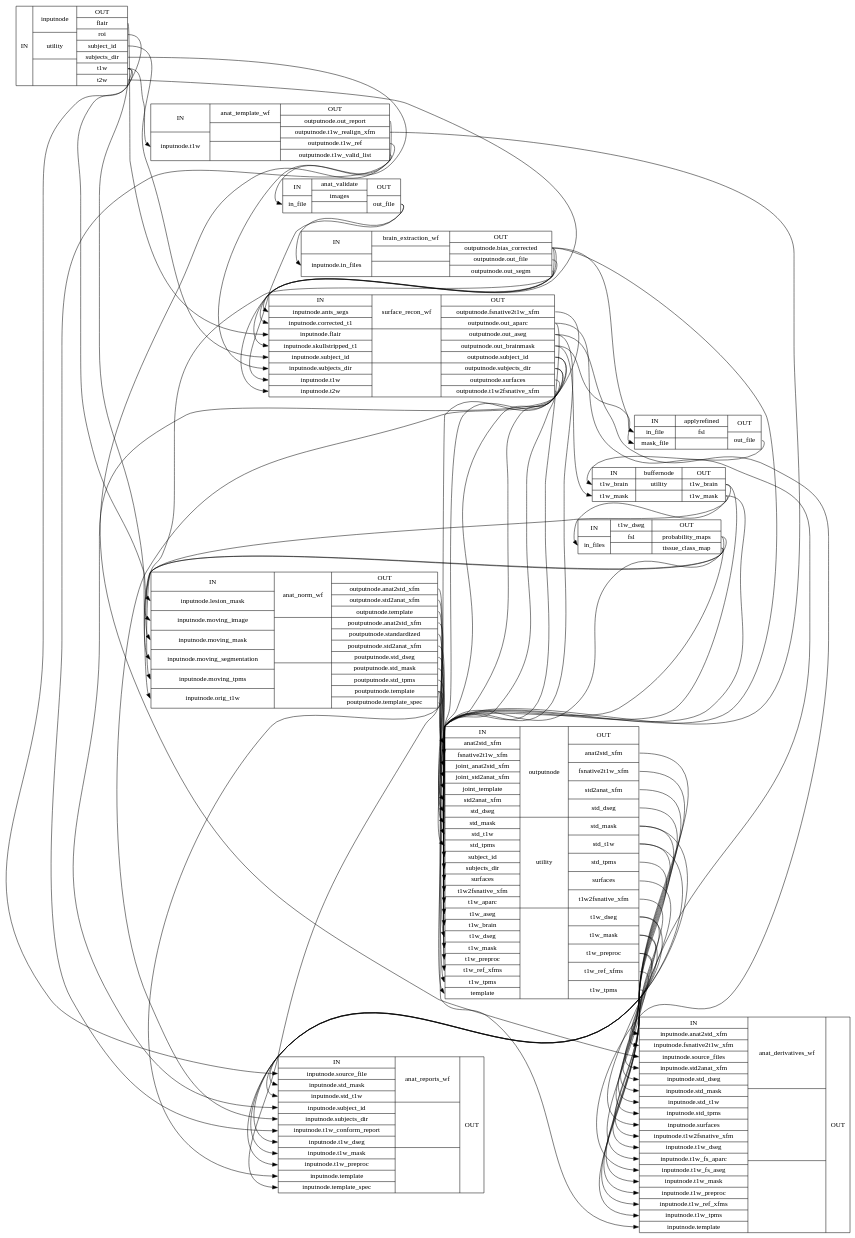
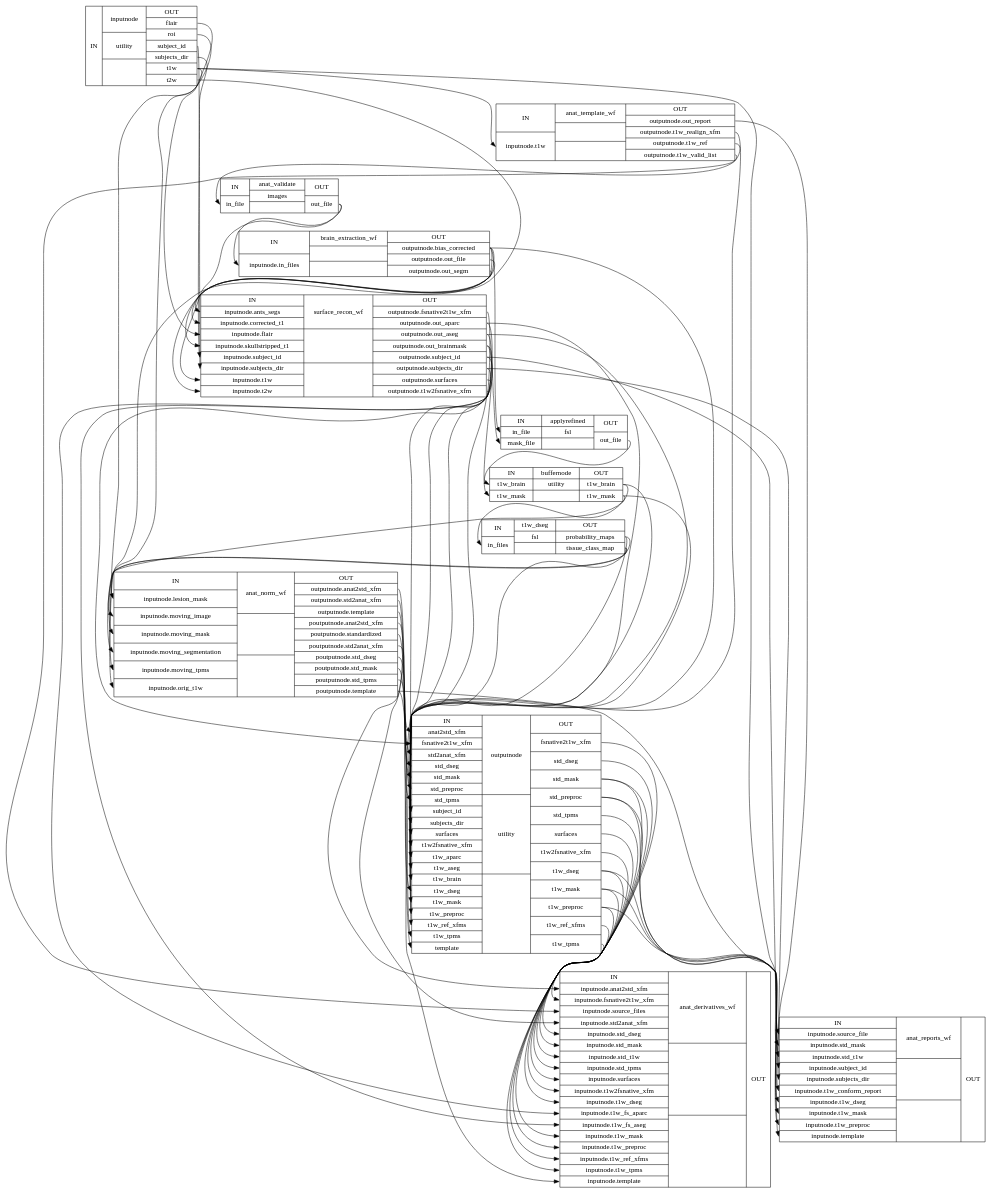
One commit to nuKs/smriprep changed the diagram in 0.5.0/wf_directive/api/anat_preproc_wf/smriprep-workflows-anatomical-1_detailed.dot. Above: the diagram before and after it, drawn with Graphviz. The commit also changed 1556 other files, not shown here.

```diff
--- a/0.5.0/wf_directive/api/anat_preproc_wf/smriprep-workflows-anatomical-1_detailed.dot
+++ b/0.5.0/wf_directive/api/anat_preproc_wf/smriprep-workflows-anatomical-1_detailed.dot
@@ -8,23 +8,21 @@
 anat_preproc_wfapplyrefined [label="{IN|<ininfile> in_file|<inmaskfile> mask_file}|{ applyrefined | fsl |  }|{OUT|<outoutfile> out_file}"];
 anat_preproc_wfbuffernode [label="{IN|<int1wbrain> t1w_brain|<int1wmask> t1w_mask}|{ buffernode | utility |  }|{OUT|<outt1wbrain> t1w_brain|<outt1wmask> t1w_mask}"];
 anat_preproc_wft1w_dseg [label="{IN|<ininfiles> in_files}|{ t1w_dseg | fsl |  }|{OUT|<outprobabilitymaps> probability_maps|<outtissueclassmap> tissue_class_map}"];
-anat_preproc_wfanat_norm_wf [label="{IN|<ininputnodelesionmask> inputnode.lesion_mask|<ininputnodemovingimage> inputnode.moving_image|<ininputnodemovingmask> inputnode.moving_mask|<ininputnodemovingsegmentation> inputnode.moving_segmentation|<ininputnodemovingtpms> inputnode.moving_tpms|<ininputnodeorigt1w> inputnode.orig_t1w}|{ anat_norm_wf |  |  }|{OUT|<outoutputnodeanat2stdxfm> outputnode.anat2std_xfm|<outoutputnodestd2anatxfm> outputnode.std2anat_xfm|<outoutputnodetemplate> outputnode.template|<outpoutputnodeanat2stdxfm> poutputnode.anat2std_xfm|<outpoutputnodestandardized> poutputnode.standardized|<outpoutputnodestd2anatxfm> poutputnode.std2anat_xfm|<outpoutputnodestddseg> poutputnode.std_dseg|<outpoutputnodestdmask> poutputnode.std_mask|<outpoutputnodestdtpms> poutputnode.std_tpms|<outpoutputnodetemplate> poutputnode.template|<outpoutputnodetemplatespec> poutputnode.template_spec}"];
-anat_preproc_wfoutputnode [label="{IN|<inanat2stdxfm> anat2std_xfm|<infsnative2t1wxfm> fsnative2t1w_xfm|<injointanat2stdxfm> joint_anat2std_xfm|<injointstd2anatxfm> joint_std2anat_xfm|<injointtemplate> joint_template|<instd2anatxfm> std2anat_xfm|<instddseg> std_dseg|<instdmask> std_mask|<instdt1w> std_t1w|<instdtpms> std_tpms|<insubjectid> subject_id|<insubjectsdir> subjects_dir|<insurfaces> surfaces|<int1w2fsnativexfm> t1w2fsnative_xfm|<int1waparc> t1w_aparc|<int1waseg> t1w_aseg|<int1wbrain> t1w_brain|<int1wdseg> t1w_dseg|<int1wmask> t1w_mask|<int1wpreproc> t1w_preproc|<int1wrefxfms> t1w_ref_xfms|<int1wtpms> t1w_tpms|<intemplate> template}|{ outputnode | utility |  }|{OUT|<outanat2stdxfm> anat2std_xfm|<outfsnative2t1wxfm> fsnative2t1w_xfm|<outstd2anatxfm> std2anat_xfm|<outstddseg> std_dseg|<outstdmask> std_mask|<outstdt1w> std_t1w|<outstdtpms> std_tpms|<outsurfaces> surfaces|<outt1w2fsnativexfm> t1w2fsnative_xfm|<outt1wdseg> t1w_dseg|<outt1wmask> t1w_mask|<outt1wpreproc> t1w_preproc|<outt1wrefxfms> t1w_ref_xfms|<outt1wtpms> t1w_tpms}"];
+anat_preproc_wfanat_norm_wf [label="{IN|<ininputnodelesionmask> inputnode.lesion_mask|<ininputnodemovingimage> inputnode.moving_image|<ininputnodemovingmask> inputnode.moving_mask|<ininputnodemovingsegmentation> inputnode.moving_segmentation|<ininputnodemovingtpms> inputnode.moving_tpms|<ininputnodeorigt1w> inputnode.orig_t1w}|{ anat_norm_wf |  |  }|{OUT|<outoutputnodeanat2stdxfm> outputnode.anat2std_xfm|<outoutputnodestd2anatxfm> outputnode.std2anat_xfm|<outoutputnodetemplate> outputnode.template|<outpoutputnodeanat2stdxfm> poutputnode.anat2std_xfm|<outpoutputnodestandardized> poutputnode.standardized|<outpoutputnodestd2anatxfm> poutputnode.std2anat_xfm|<outpoutputnodestddseg> poutputnode.std_dseg|<outpoutputnodestdmask> poutputnode.std_mask|<outpoutputnodestdtpms> poutputnode.std_tpms|<outpoutputnodetemplate> poutputnode.template}"];
+anat_preproc_wfoutputnode [label="{IN|<inanat2stdxfm> anat2std_xfm|<infsnative2t1wxfm> fsnative2t1w_xfm|<instd2anatxfm> std2anat_xfm|<instddseg> std_dseg|<instdmask> std_mask|<instdpreproc> std_preproc|<instdtpms> std_tpms|<insubjectid> subject_id|<insubjectsdir> subjects_dir|<insurfaces> surfaces|<int1w2fsnativexfm> t1w2fsnative_xfm|<int1waparc> t1w_aparc|<int1waseg> t1w_aseg|<int1wbrain> t1w_brain|<int1wdseg> t1w_dseg|<int1wmask> t1w_mask|<int1wpreproc> t1w_preproc|<int1wrefxfms> t1w_ref_xfms|<int1wtpms> t1w_tpms|<intemplate> template}|{ outputnode | utility |  }|{OUT|<outfsnative2t1wxfm> fsnative2t1w_xfm|<outstddseg> std_dseg|<outstdmask> std_mask|<outstdpreproc> std_preproc|<outstdtpms> std_tpms|<outsurfaces> surfaces|<outt1w2fsnativexfm> t1w2fsnative_xfm|<outt1wdseg> t1w_dseg|<outt1wmask> t1w_mask|<outt1wpreproc> t1w_preproc|<outt1wrefxfms> t1w_ref_xfms|<outt1wtpms> t1w_tpms}"];
 anat_preproc_wfanat_derivatives_wf [label="{IN|<ininputnodeanat2stdxfm> inputnode.anat2std_xfm|<ininputnodefsnative2t1wxfm> inputnode.fsnative2t1w_xfm|<ininputnodesourcefiles> inputnode.source_files|<ininputnodestd2anatxfm> inputnode.std2anat_xfm|<ininputnodestddseg> inputnode.std_dseg|<ininputnodestdmask> inputnode.std_mask|<ininputnodestdt1w> inputnode.std_t1w|<ininputnodestdtpms> inputnode.std_tpms|<ininputnodesurfaces> inputnode.surfaces|<ininputnodet1w2fsnativexfm> inputnode.t1w2fsnative_xfm|<ininputnodet1wdseg> inputnode.t1w_dseg|<ininputnodet1wfsaparc> inputnode.t1w_fs_aparc|<ininputnodet1wfsaseg> inputnode.t1w_fs_aseg|<ininputnodet1wmask> inputnode.t1w_mask|<ininputnodet1wpreproc> inputnode.t1w_preproc|<ininputnodet1wrefxfms> inputnode.t1w_ref_xfms|<ininputnodet1wtpms> inputnode.t1w_tpms|<ininputnodetemplate> inputnode.template}|{ anat_derivatives_wf |  |  }|{OUT}"];
-anat_preproc_wfanat_reports_wf [label="{IN|<ininputnodesourcefile> inputnode.source_file|<ininputnodestdmask> inputnode.std_mask|<ininputnodestdt1w> inputnode.std_t1w|<ininputnodesubjectid> inputnode.subject_id|<ininputnodesubjectsdir> inputnode.subjects_dir|<ininputnodet1wconformreport> inputnode.t1w_conform_report|<ininputnodet1wdseg> inputnode.t1w_dseg|<ininputnodet1wmask> inputnode.t1w_mask|<ininputnodet1wpreproc> inputnode.t1w_preproc|<ininputnodetemplate> inputnode.template|<ininputnodetemplatespec> inputnode.template_spec}|{ anat_reports_wf |  |  }|{OUT}"];
-anat_preproc_wfanat_norm_wf:outoutputnodeanat2stdxfm:e -> anat_preproc_wfoutputnode:injointanat2stdxfm:w;
-anat_preproc_wfanat_norm_wf:outoutputnodestd2anatxfm:e -> anat_preproc_wfoutputnode:injointstd2anatxfm:w;
-anat_preproc_wfanat_norm_wf:outoutputnodetemplate:e -> anat_preproc_wfoutputnode:injointtemplate:w;
-anat_preproc_wfanat_norm_wf:outpoutputnodeanat2stdxfm:e -> anat_preproc_wfoutputnode:inanat2stdxfm:w;
-anat_preproc_wfanat_norm_wf:outpoutputnodestandardized:e -> anat_preproc_wfoutputnode:instdt1w:w;
-anat_preproc_wfanat_norm_wf:outpoutputnodestd2anatxfm:e -> anat_preproc_wfoutputnode:instd2anatxfm:w;
+anat_preproc_wfanat_reports_wf [label="{IN|<ininputnodesourcefile> inputnode.source_file|<ininputnodestdmask> inputnode.std_mask|<ininputnodestdt1w> inputnode.std_t1w|<ininputnodesubjectid> inputnode.subject_id|<ininputnodesubjectsdir> inputnode.subjects_dir|<ininputnodet1wconformreport> inputnode.t1w_conform_report|<ininputnodet1wdseg> inputnode.t1w_dseg|<ininputnodet1wmask> inputnode.t1w_mask|<ininputnodet1wpreproc> inputnode.t1w_preproc|<ininputnodetemplate> inputnode.template}|{ anat_reports_wf |  |  }|{OUT}"];
+anat_preproc_wfanat_norm_wf:outoutputnodeanat2stdxfm:e -> anat_preproc_wfoutputnode:inanat2stdxfm:w;
+anat_preproc_wfanat_norm_wf:outoutputnodestd2anatxfm:e -> anat_preproc_wfoutputnode:instd2anatxfm:w;
+anat_preproc_wfanat_norm_wf:outoutputnodetemplate:e -> anat_preproc_wfoutputnode:intemplate:w;
+anat_preproc_wfanat_norm_wf:outpoutputnodeanat2stdxfm:e -> anat_preproc_wfanat_derivatives_wf:ininputnodeanat2stdxfm:w;
+anat_preproc_wfanat_norm_wf:outpoutputnodestandardized:e -> anat_preproc_wfoutputnode:instdpreproc:w;
+anat_preproc_wfanat_norm_wf:outpoutputnodestd2anatxfm:e -> anat_preproc_wfanat_derivatives_wf:ininputnodestd2anatxfm:w;
 anat_preproc_wfanat_norm_wf:outpoutputnodestddseg:e -> anat_preproc_wfoutputnode:instddseg:w;
 anat_preproc_wfanat_norm_wf:outpoutputnodestdmask:e -> anat_preproc_wfoutputnode:instdmask:w;
 anat_preproc_wfanat_norm_wf:outpoutputnodestdtpms:e -> anat_preproc_wfoutputnode:instdtpms:w;
 anat_preproc_wfanat_norm_wf:outpoutputnodetemplate:e -> anat_preproc_wfanat_derivatives_wf:ininputnodetemplate:w;
 anat_preproc_wfanat_norm_wf:outpoutputnodetemplate:e -> anat_preproc_wfanat_reports_wf:ininputnodetemplate:w;
-anat_preproc_wfanat_norm_wf:outpoutputnodetemplate:e -> anat_preproc_wfoutputnode:intemplate:w;
-anat_preproc_wfanat_norm_wf:outpoutputnodetemplatespec:e -> anat_preproc_wfanat_reports_wf:ininputnodetemplatespec:w;
 anat_preproc_wfanat_template_wf:outoutputnodeoutreport:e -> anat_preproc_wfanat_reports_wf:ininputnodet1wconformreport:w;
 anat_preproc_wfanat_template_wf:outoutputnodet1wrealignxfm:e -> anat_preproc_wfoutputnode:int1wrefxfms:w;
 anat_preproc_wfanat_template_wf:outoutputnodet1wref:e -> anat_preproc_wfanat_validate:ininfile:w;
@@ -50,14 +48,12 @@
 anat_preproc_wfinputnode:outt1w:e -> anat_preproc_wfanat_reports_wf:ininputnodesourcefile:w;
 anat_preproc_wfinputnode:outt1w:e -> anat_preproc_wfanat_template_wf:ininputnodet1w:w;
 anat_preproc_wfinputnode:outt2w:e -> anat_preproc_wfsurface_recon_wf:ininputnodet2w:w;
-anat_preproc_wfoutputnode:outanat2stdxfm:e -> anat_preproc_wfanat_derivatives_wf:ininputnodeanat2stdxfm:w;
 anat_preproc_wfoutputnode:outfsnative2t1wxfm:e -> anat_preproc_wfanat_derivatives_wf:ininputnodefsnative2t1wxfm:w;
-anat_preproc_wfoutputnode:outstd2anatxfm:e -> anat_preproc_wfanat_derivatives_wf:ininputnodestd2anatxfm:w;
 anat_preproc_wfoutputnode:outstddseg:e -> anat_preproc_wfanat_derivatives_wf:ininputnodestddseg:w;
 anat_preproc_wfoutputnode:outstdmask:e -> anat_preproc_wfanat_derivatives_wf:ininputnodestdmask:w;
 anat_preproc_wfoutputnode:outstdmask:e -> anat_preproc_wfanat_reports_wf:ininputnodestdmask:w;
-anat_preproc_wfoutputnode:outstdt1w:e -> anat_preproc_wfanat_derivatives_wf:ininputnodestdt1w:w;
-anat_preproc_wfoutputnode:outstdt1w:e -> anat_preproc_wfanat_reports_wf:ininputnodestdt1w:w;
+anat_preproc_wfoutputnode:outstdpreproc:e -> anat_preproc_wfanat_derivatives_wf:ininputnodestdt1w:w;
+anat_preproc_wfoutputnode:outstdpreproc:e -> anat_preproc_wfanat_reports_wf:ininputnodestdt1w:w;
 anat_preproc_wfoutputnode:outstdtpms:e -> anat_preproc_wfanat_derivatives_wf:ininputnodestdtpms:w;
 anat_preproc_wfoutputnode:outsurfaces:e -> anat_preproc_wfanat_derivatives_wf:ininputnodesurfaces:w;
 anat_preproc_wfoutputnode:outt1w2fsnativexfm:e -> anat_preproc_wfanat_derivatives_wf:ininputnodet1w2fsnativexfm:w;
```
